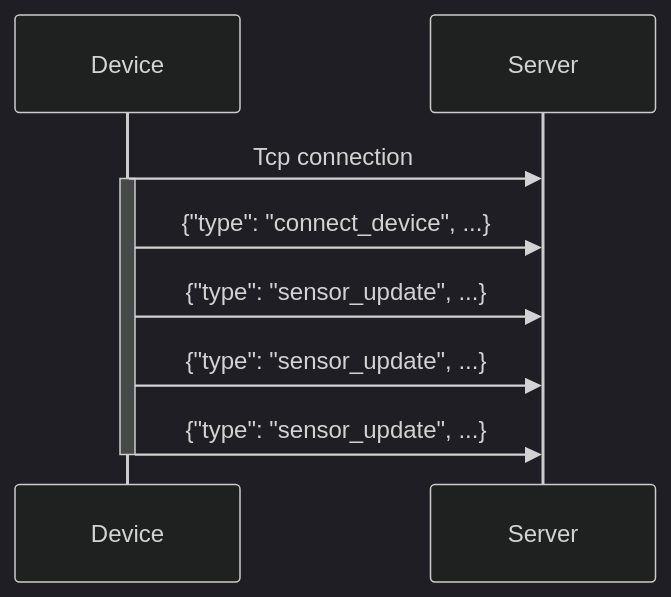
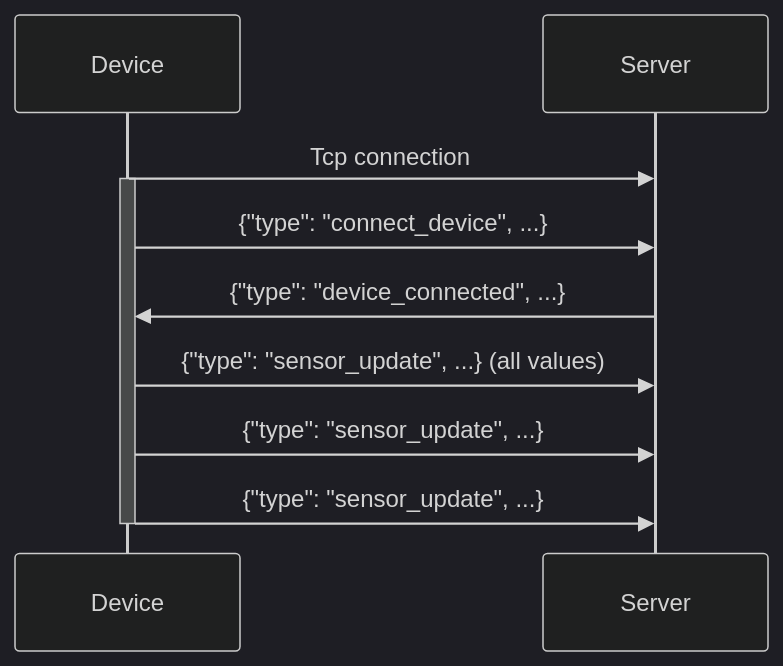
Before and after one commit to Vivax-School-Ntnu/IDATA2034-exam: the fourth of 6 diagrams in docs/protocol.md, drawn with Mermaid (dark theme). The commit also changed other lines of this file and 3 other files, not shown here.

````diff
--- a/docs/protocol.md
+++ b/docs/protocol.md
@@ -199,14 +244,14 @@
 ```mermaid
 sequenceDiagram
     participant Device
     participant Server
 
     Device ->> Server : Tcp connection
     activate Device
     Device ->> Server : {"type": "connect_device", ...}
-    Device ->> Server : {"type": "sensor_update", ...}
+    Server ->> Device : {"type": "device_connected", ...}
+    Device ->> Server : {"type": "sensor_update", ...} (all values)
     Device ->> Server : {"type": "sensor_update", ...}
     Device ->> Server : {"type": "sensor_update", ...}
     deactivate Device
-
 ```
````
